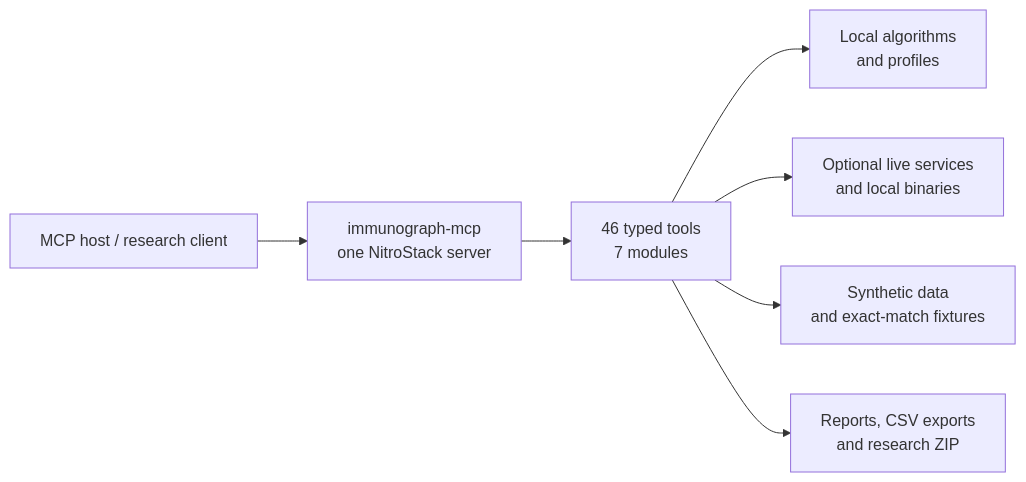
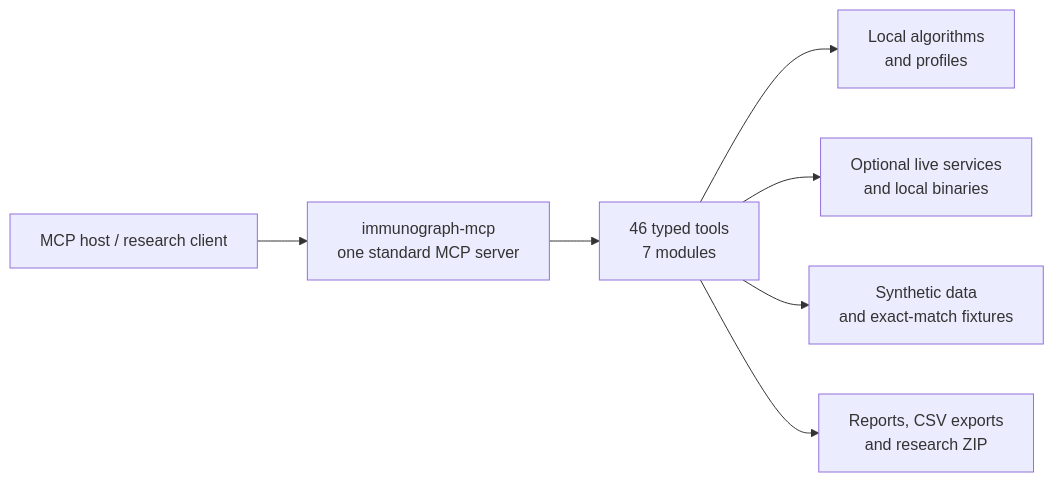
One commit to Ajey95/immuno-graph changed the second of 2 diagrams in README.md. Above: the diagram before and after it, drawn with Mermaid. The commit also changed other lines of this file and 88 other files, not shown here.

First line of the commit message:
Release ImmunoGraph as a standard MCP server

````diff
--- a/README.md
+++ b/README.md
@@ -186,9 +182,9 @@
 ```mermaid
 flowchart LR
-    Host["MCP host / research client"] --> Server["immunograph-mcp<br/>one NitroStack server"]
+    Host["MCP host / research client"] --> Server["immunograph-mcp<br/>one standard MCP server"]
     Server --> Tools["46 typed tools<br/>7 modules"]
     Tools --> Algorithms["Local algorithms<br/>and profiles"]
     Tools --> Live["Optional live services<br/>and local binaries"]
     Tools --> Fixtures["Synthetic data<br/>and exact-match fixtures"]
     Tools --> Export["Reports, CSV exports<br/>and research ZIP"]
 ```
````
